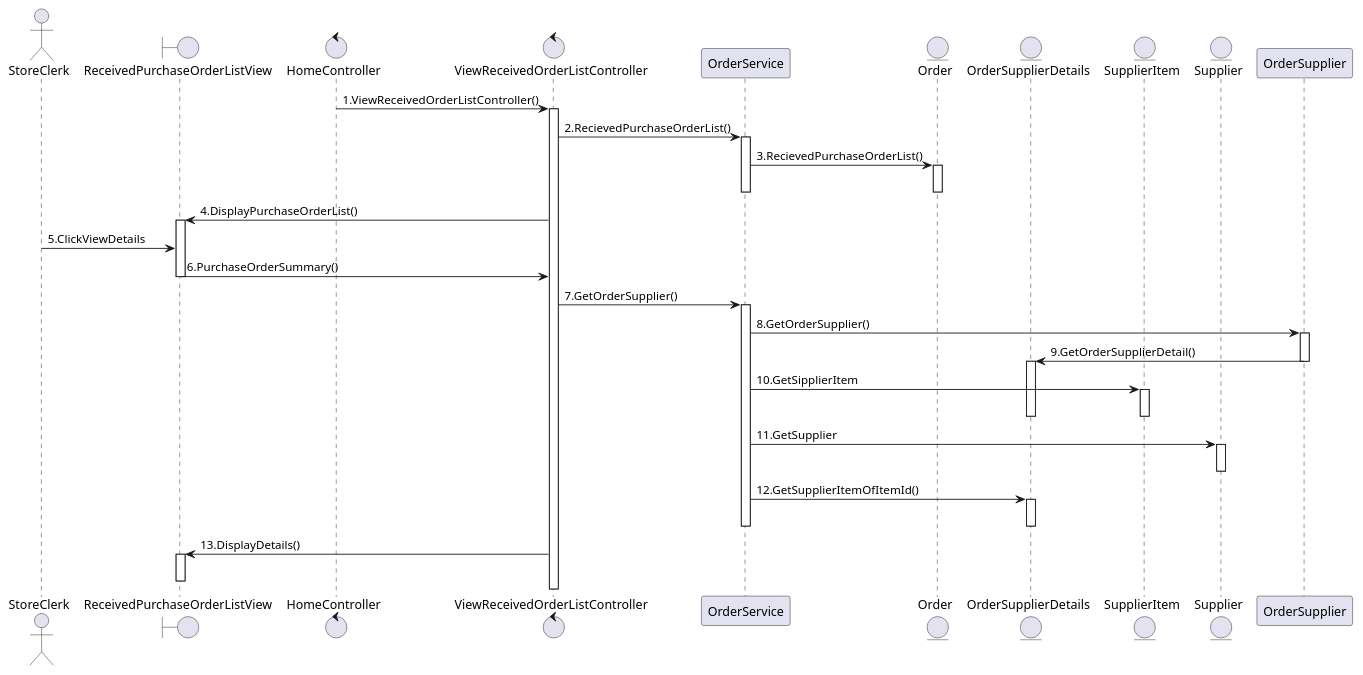
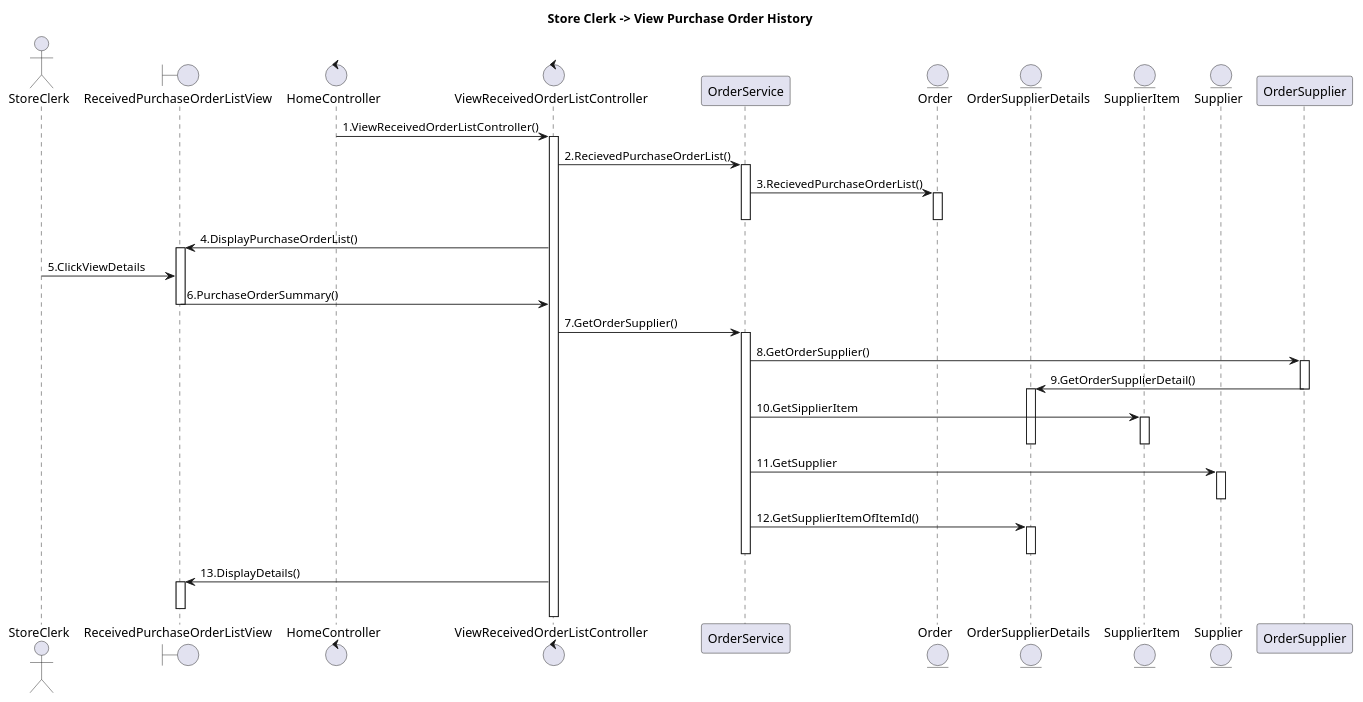
One commit to SA46Team5a/AD---ClassAndSequenceDiagram changed the diagram in ViewReceivedPurchaseOrderList.wsd. Above: the diagram before and after it, drawn with PlantUML. The commit also changed 33 other files, not shown here.

Commit message:
added titles, requisitionPackage sequence diagram

```diff
--- a/ViewReceivedPurchaseOrderList.wsd
+++ b/ViewReceivedPurchaseOrderList.wsd
@@ -1,49 +1,50 @@
 @startuml
+title "Store Clerk -> View Purchase Order History"
 actor StoreClerk
 boundary ReceivedPurchaseOrderListView
 control HomeController
 control ViewReceivedOrderListController
 Participant OrderService
 entity Order
 entity OrderSupplierDetails
 entity SupplierItem
 entity Supplier
 
 
 HomeController -> ViewReceivedOrderListController: 1.ViewReceivedOrderListController()
 activate ViewReceivedOrderListController
 ViewReceivedOrderListController->OrderService: 2.RecievedPurchaseOrderList()
 activate OrderService
 OrderService->Order: 3.RecievedPurchaseOrderList()
 activate Order
 deactivate Order
 deactivate OrderService
 ViewReceivedOrderListController->ReceivedPurchaseOrderListView: 4.DisplayPurchaseOrderList()
 activate ReceivedPurchaseOrderListView
 StoreClerk->ReceivedPurchaseOrderListView: 5.ClickViewDetails
 ReceivedPurchaseOrderListView->ViewReceivedOrderListController: 6.PurchaseOrderSummary()
 deactivate ReceivedPurchaseOrderListView
 ViewReceivedOrderListController->OrderService: 7.GetOrderSupplier()
 activate OrderService
 OrderService->OrderSupplier: 8.GetOrderSupplier()
 activate OrderSupplier
 OrderSupplier->OrderSupplierDetails: 9.GetOrderSupplierDetail()
 deactivate OrderSupplier
 activate OrderSupplierDetails
 deactivate OrderSupplierDetails
 OrderService->SupplierItem: 10.GetSipplierItem
 activate SupplierItem
 deactivate SupplierItem
 deactivate OrderSupplierDetails
 OrderService->Supplier: 11.GetSupplier
 activate Supplier
 deactivate Supplier
 OrderService->OrderSupplierDetails: 12.GetSupplierItemOfItemId()
 activate OrderSupplierDetails
 deactivate OrderSupplierDetails
 deactivate OrderService
 ViewReceivedOrderListController->ReceivedPurchaseOrderListView: 13.DisplayDetails()
 activate ReceivedPurchaseOrderListView
 deactivate ReceivedPurchaseOrderListView
 
 @enduml
```
